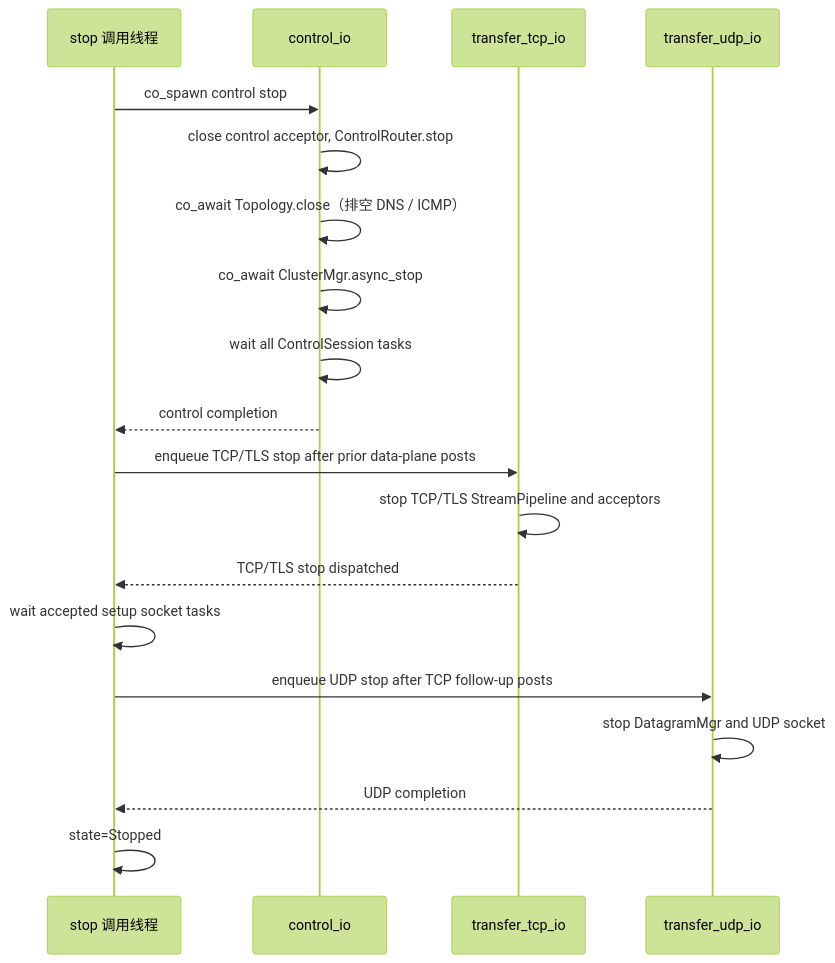
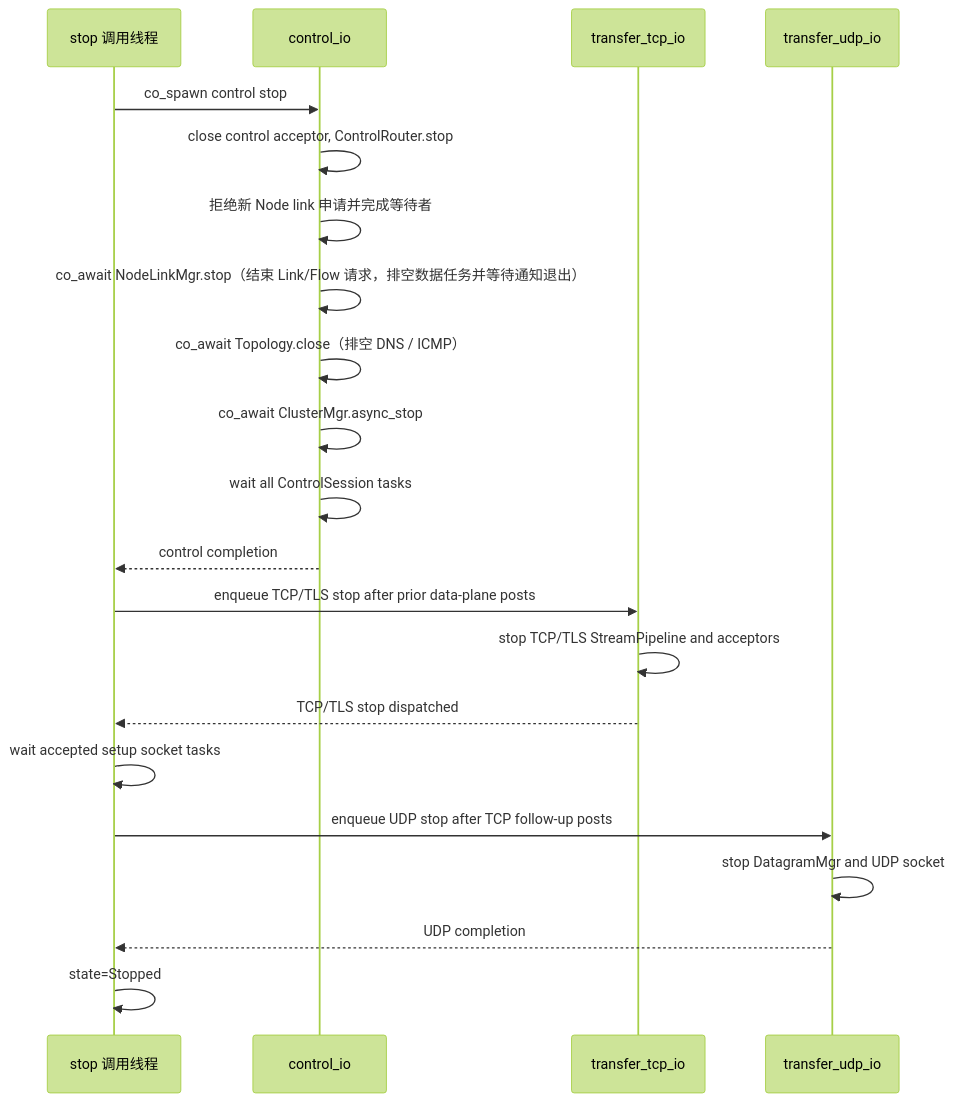
One commit to Xtinc/relayweave changed diagram 13 of 14 in docs/RelayWeave设计.md. Above: the diagram before and after it, drawn with Mermaid (forest theme). The commit also changed other lines of this file and 46 other files, not shown here.

Commit message:
feat(node): add shared links and simplify path flow coordination

````diff
--- a/docs/RelayWeave设计.md
+++ b/docs/RelayWeave设计.md
@@ -1541,22 +1617,24 @@
 ```mermaid
 sequenceDiagram
     participant X as stop 调用线程
     participant C as control_io
     participant T as transfer_tcp_io
     participant U as transfer_udp_io
 
     X->>C: co_spawn control stop
     C->>C: close control acceptor, ControlRouter.stop
+    C->>C: 拒绝新 Node link 申请并完成等待者
+    C->>C: co_await NodeLinkMgr.stop（结束 Link/Flow 请求，排空数据任务并等待通知退出）
     C->>C: co_await Topology.close（排空 DNS / ICMP）
     C->>C: co_await ClusterMgr.async_stop
     C->>C: wait all ControlSession tasks
     C-->>X: control completion
     X->>T: enqueue TCP/TLS stop after prior data-plane posts
     T->>T: stop TCP/TLS StreamPipeline and acceptors
     T-->>X: TCP/TLS stop dispatched
     X->>X: wait accepted setup socket tasks
     X->>U: enqueue UDP stop after TCP follow-up posts
     U->>U: stop DatagramMgr and UDP socket
     U-->>X: UDP completion
     X->>X: state=Stopped
 ```
````
